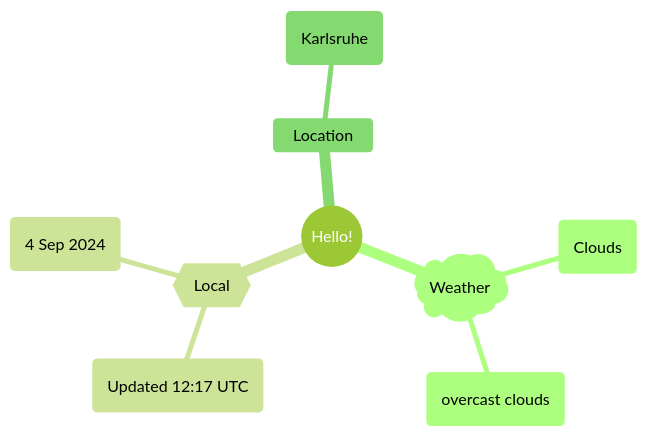
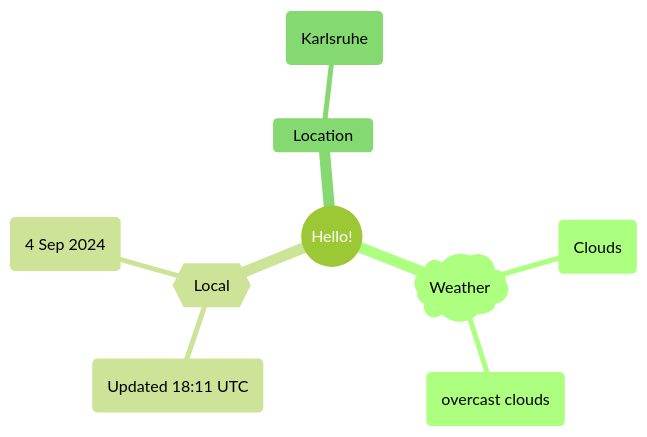
The first of 2 diagrams in README.md (Xosrov/Xosrov), drawn with Mermaid (forest theme) before and after one commit.

Commit message:
[bot] updated images

````diff
--- a/README.md
+++ b/README.md
@@ -3,12 +3,12 @@
 ```mermaid
 mindmap
   root((Hello!))
     )Weather(
         (Clouds)
         (overcast clouds)
     {{Local}}
-        (Updated 12:17 UTC)
+        (Updated 18:11 UTC)
         (4 Sep 2024)
     Location
         (Karlsruhe)
 ```
````
